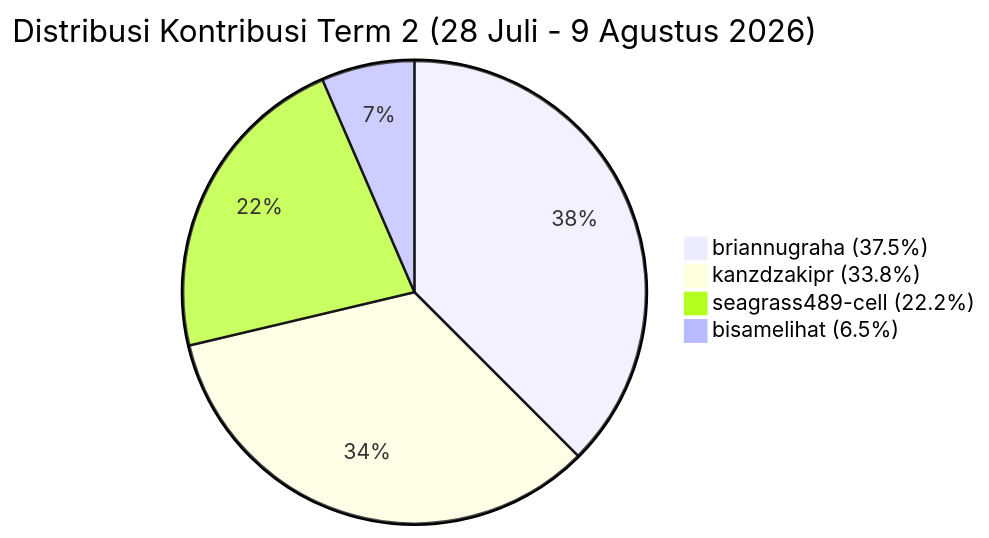
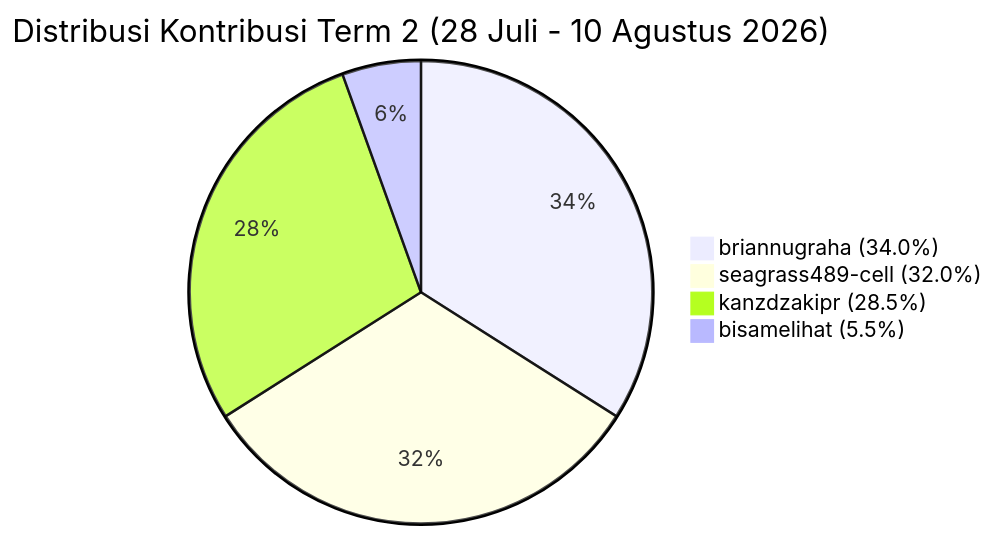
One commit to kanzdzakipr/ServicePlan-BRA changed the third of 3 diagrams in KONTRIBUSI_TIM.md. Above: the diagram before and after it, drawn with Mermaid. The commit also changed other lines of this file, not shown here.

````diff
--- a/KONTRIBUSI_TIM.md
+++ b/KONTRIBUSI_TIM.md
@@ -76,7 +93,7 @@
 ```mermaid
-pie title Distribusi Kontribusi Term 2 (28 Juli - 9 Agustus 2026)
-    "briannugraha (37.5%)" : 37.5
-    "kanzdzakipr (33.8%)" : 33.8
-    "seagrass489-cell (22.2%)" : 22.2
-    "bisamelihat (6.5%)" : 6.5
+pie title Distribusi Kontribusi Term 2 (28 Juli - 10 Agustus 2026)
+    "briannugraha (34.0%)" : 34.0
+    "seagrass489-cell (32.0%)" : 32.0
+    "kanzdzakipr (28.5%)" : 28.5
+    "bisamelihat (5.5%)" : 5.5
 ```
````
